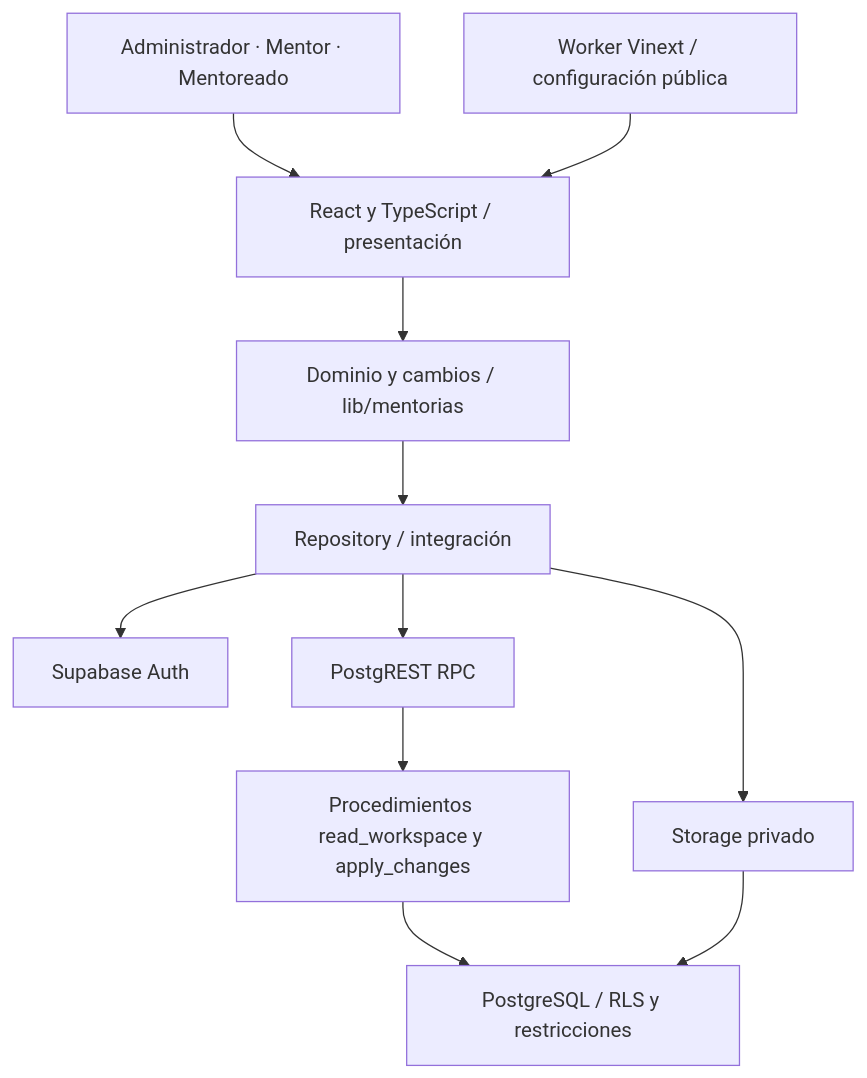
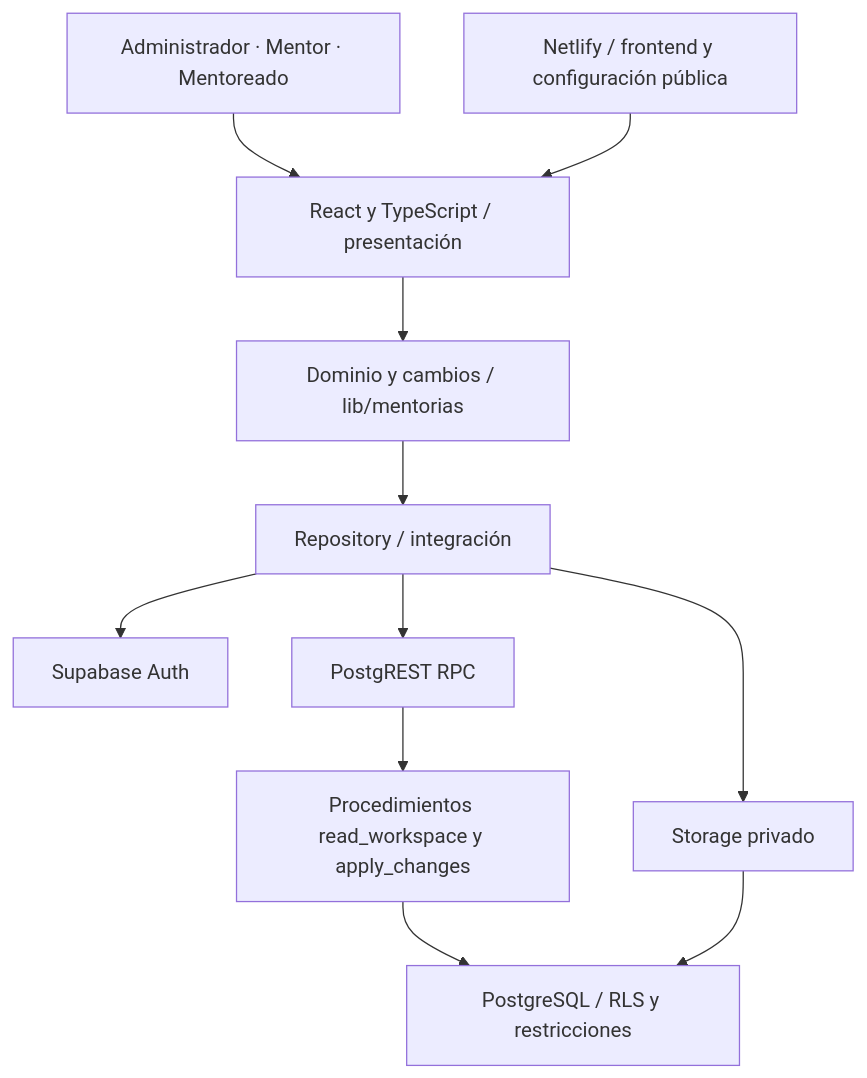
One commit to Zaxht/creaempresa-mentorias-inacap changed the diagram in README.md. Above: the diagram before and after it, drawn with Mermaid. The commit also changed other lines of this file and 8 other files, not shown here.

Commit message:
feat: simplify creation flows and document EVA3 defense

````diff
--- a/README.md
+++ b/README.md
@@ -105,13 +105,13 @@
 ```mermaid
 flowchart TD
   A[Administrador · Mentor · Mentoreado] --> B[React y TypeScript / presentación]
   B --> C[Dominio y cambios / lib/mentorias]
   C --> D[Repository / integración]
   D --> E[Supabase Auth]
   D --> F[PostgREST RPC]
   D --> G[Storage privado]
   F --> H[Procedimientos read_workspace y apply_changes]
   H --> I[PostgreSQL / RLS y restricciones]
   G --> I
-  J[Worker Vinext / configuración pública] --> B
+  J[Netlify / frontend y configuración pública] --> B
 ```
````
